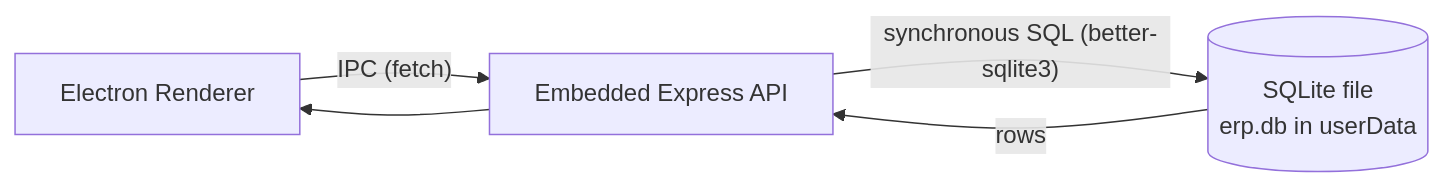
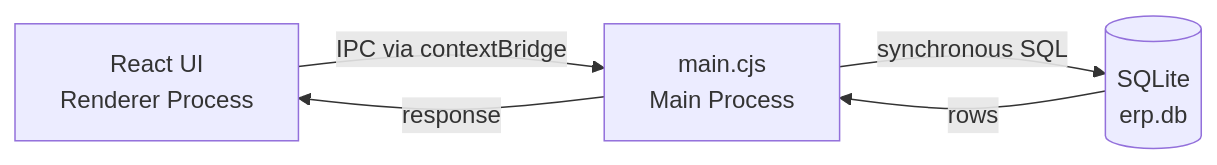
One commit to agrawalvansh/ags-erp-desktop changed the diagram in README.md. Above: the diagram before and after it, drawn with Mermaid. The commit also changed other lines of this file, not shown here.

````diff
--- a/README.md
+++ b/README.md
@@ -81,6 +65,6 @@
-  ```mermaid
-  graph LR;
-    R[Electron Renderer] -- IPC (fetch) --> E[Embedded Express API]
-    E -- synchronous SQL (better-sqlite3) --> D[(SQLite file\nerp.db in userData)]
-    D -- rows --> E --> R
-  ```
+```mermaid
+graph LR
+  R[React UI<br/>Renderer Process] -- IPC via contextBridge --> M[main.cjs<br/>Main Process]
+  M -- synchronous SQL --> D[(SQLite<br/>erp.db)]
+  D -- rows --> M -- response --> R
+```
````
